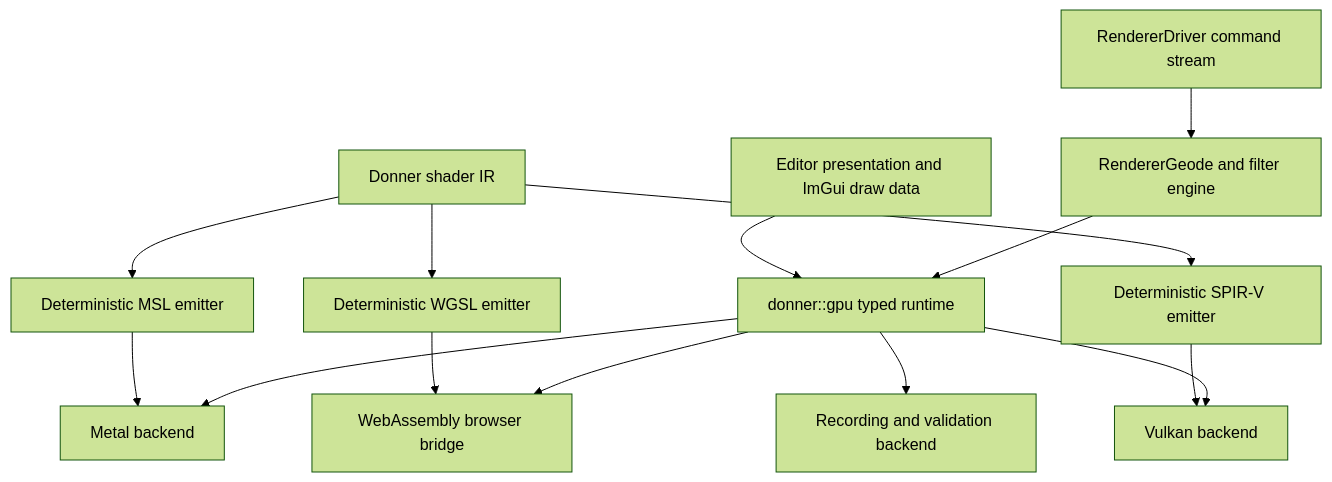
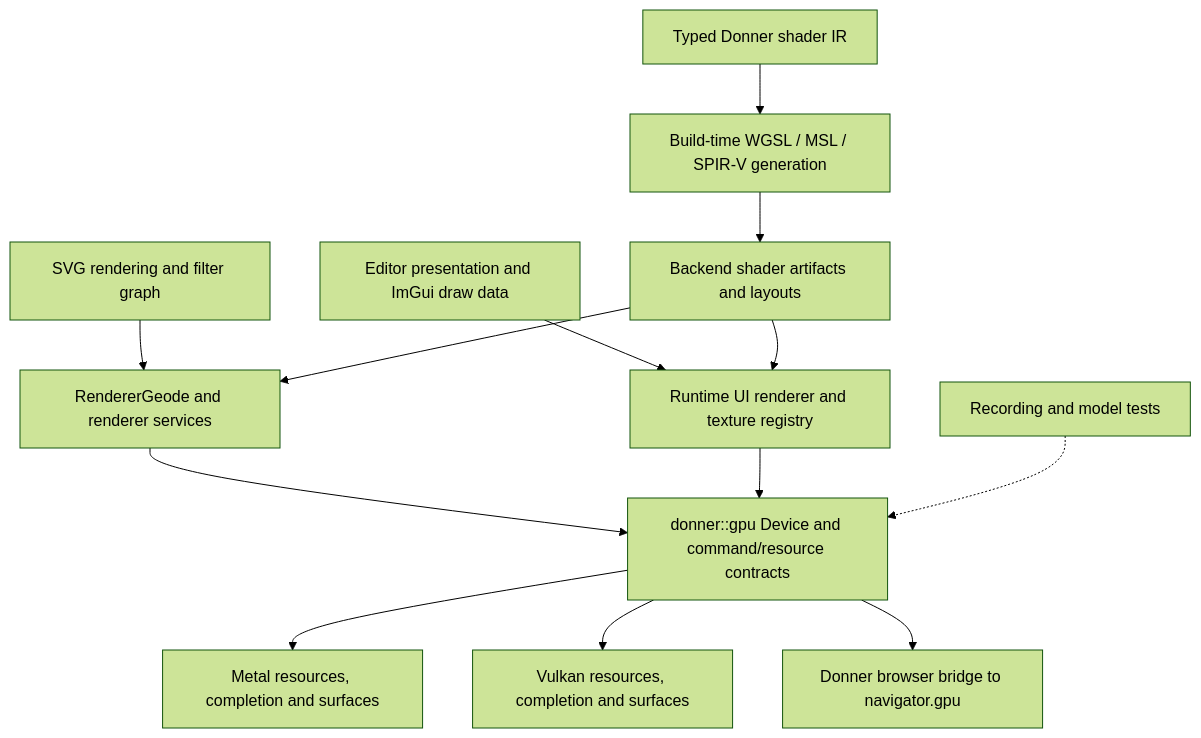
One commit to jwmcglynn/donner changed the diagram in docs/design_docs/0053-native_gpu_hal.md. Above: the diagram before and after it, drawn with Mermaid (forest theme). The commit also changed other lines of this file, not shown here.

````diff
--- a/docs/design_docs/0053-native_gpu_hal.md
+++ b/docs/design_docs/0053-native_gpu_hal.md
@@ -180,18 +164,15 @@
 ```mermaid
 flowchart TD
-    SVG[RendererDriver command stream] --> GEODE[RendererGeode and filter engine]
-    GEODE --> GPU[donner::gpu typed runtime]
-    EDITOR[Editor presentation and ImGui draw data] --> GPU
-
-    GPU --> METAL[Metal backend]
-    GPU --> VULKAN[Vulkan backend]
-    GPU --> WEB[WebAssembly browser bridge]
-    GPU --> RECORD[Recording and validation backend]
-
-    SIR[Donner shader IR] --> WGSL[Deterministic WGSL emitter]
-    SIR --> MSL[Deterministic MSL emitter]
-    SIR --> SPIRV[Deterministic SPIR-V emitter]
-    WGSL --> WEB
-    MSL --> METAL
-    SPIRV --> VULKAN
+    SVG[SVG rendering and filter graph] --> GEODE[RendererGeode and renderer services]
+    EDITOR[Editor presentation and ImGui draw data] --> UI[Runtime UI renderer and texture registry]
+    GEODE --> GPU[donner::gpu Device and command/resource contracts]
+    UI --> GPU
+    GPU --> METAL[Metal resources, completion and surfaces]
+    GPU --> VULKAN[Vulkan resources, completion and surfaces]
+    GPU --> WEB[Donner browser bridge to navigator.gpu]
+    IR[Typed Donner shader IR] --> BUILD[Build-time WGSL / MSL / SPIR-V generation]
+    BUILD --> ARTIFACTS[Backend shader artifacts and layouts]
+    ARTIFACTS --> GEODE
+    ARTIFACTS --> UI
+    TESTS[Recording and model tests] -.-> GPU
 ```
````
